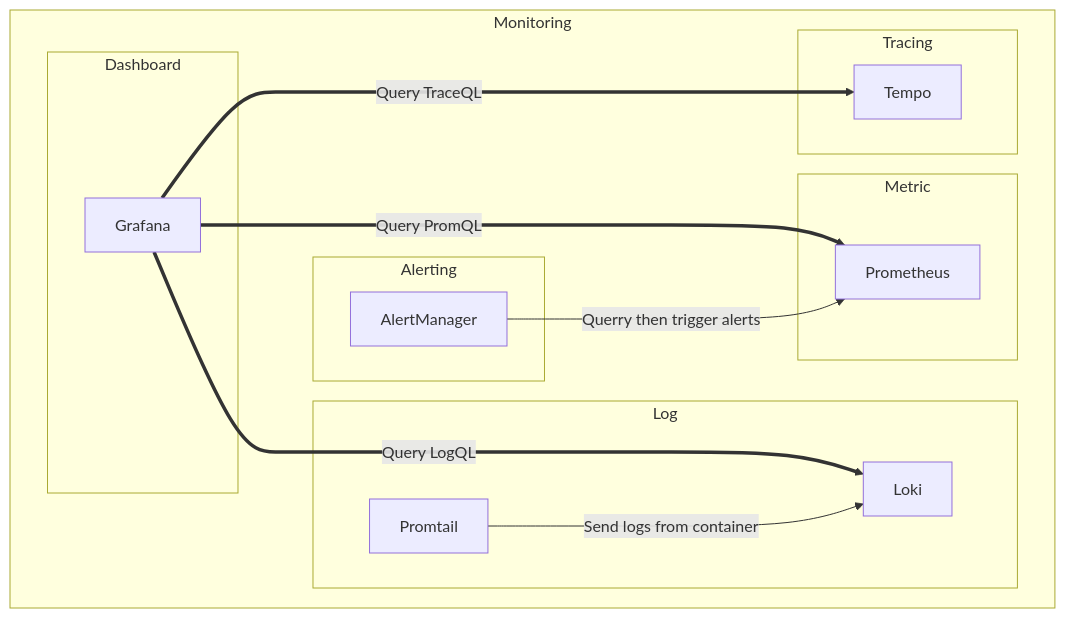
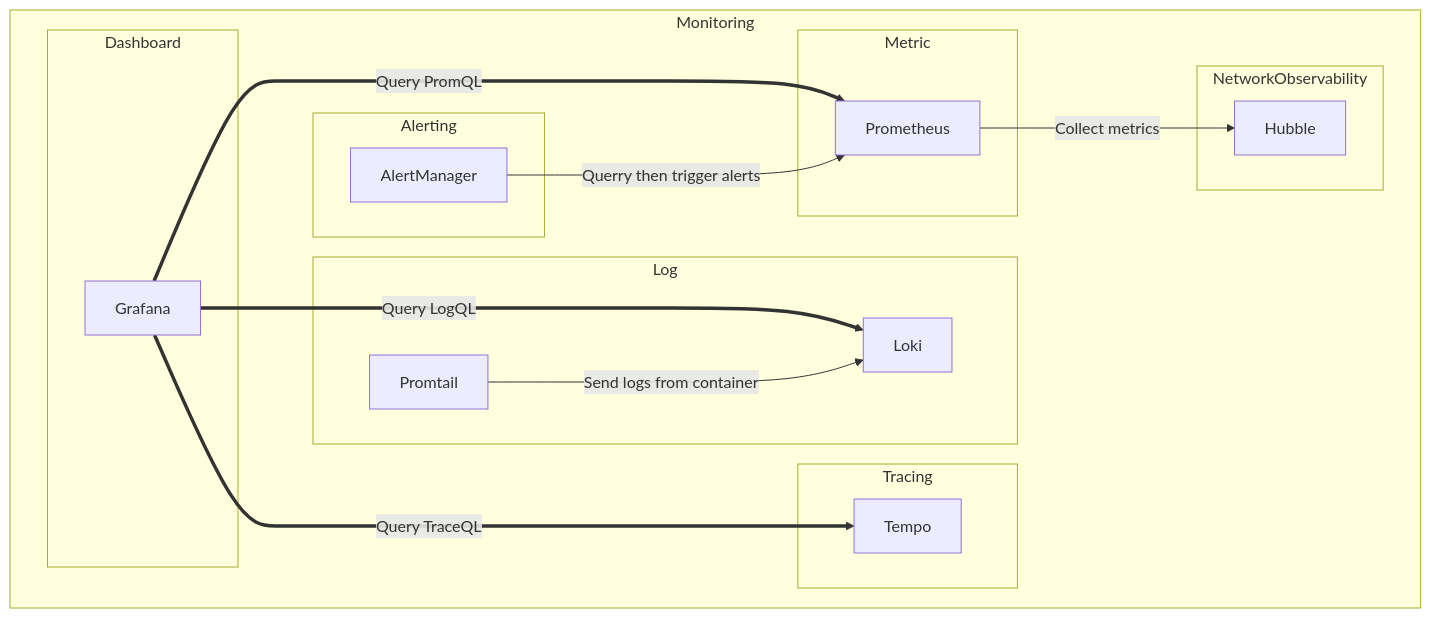
One commit to batleforc/WeeboGitOps changed the diagram in docs/Archi/Monitoring.md. Above: the diagram before and after it, drawn with Mermaid. The commit also changed other lines of this file and 2 other files, not shown here.

Commit message:
feat(archi): add cni et csi

````diff
--- a/docs/Archi/Monitoring.md
+++ b/docs/Archi/Monitoring.md
@@ -7,27 +7,31 @@
 ```mermaid
 flowchart TB;
   subgraph Monitoring;
     subgraph Dashboard;
       Grafana
     end
     subgraph Alerting;
       AlertManager
     end
     subgraph Log;
       Loki
       Promtail
     end
     subgraph Metric
       Prometheus
     end
     subgraph Tracing
       Tempo
     end
+    subgraph NetworkObservability
+      Hubble
+    end
   end
 
   Grafana ===>|Query PromQL| Prometheus
   Grafana ===>|Query LogQL| Loki
   Grafana ===>|Query TraceQL| Tempo
   Promtail -->|Send logs from container| Loki
   AlertManager -->|Querry then trigger alerts| Prometheus
+  Prometheus -->|Collect metrics| Hubble
 ```
````
